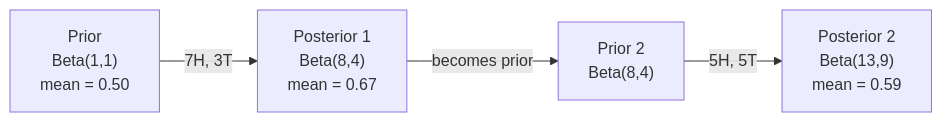
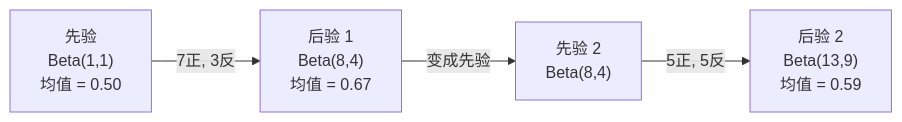
Before and after one commit to alessandrodinisio-ai/ai-engineering-learning-framework: the diagram in phases/01-math-foundations/07-bayes-theorem/docs/zh.md, drawn with Mermaid. The commit also changed 120 other files, not shown here.

First line of the commit message:
i18n(mermaid): 337 个 mermaid 图表标签中文化

````diff
--- a/phases/01-math-foundations/07-bayes-theorem/docs/zh.md
+++ b/phases/01-math-foundations/07-bayes-theorem/docs/zh.md
@@ -390,6 +390,6 @@
 ```mermaid
 graph LR
-    A["Prior<br/>Beta(1,1)<br/>mean = 0.50"] -->|"7H, 3T"| B["Posterior 1<br/>Beta(8,4)<br/>mean = 0.67"]
-    B -->|"becomes prior"| C["Prior 2<br/>Beta(8,4)"]
-    C -->|"5H, 5T"| D["Posterior 2<br/>Beta(13,9)<br/>mean = 0.59"]
+    A["先验<br/>Beta(1,1)<br/>均值 = 0.50"] -->|"7正, 3反"| B["后验 1<br/>Beta(8,4)<br/>均值 = 0.67"]
+    B -->|"变成先验"| C["先验 2<br/>Beta(8,4)"]
+    C -->|"5正, 5反"| D["后验 2<br/>Beta(13,9)<br/>均值 = 0.59"]
 ```
````
